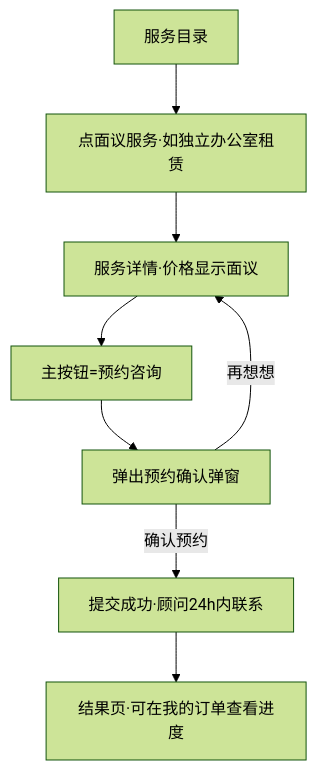
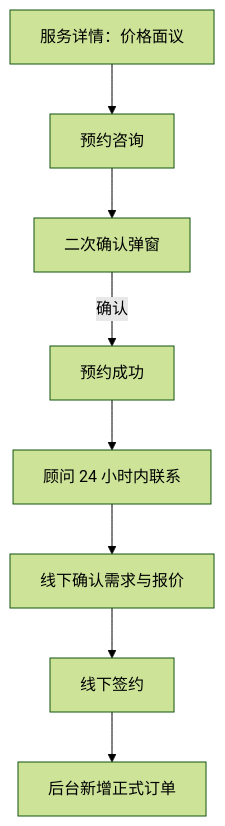
Before and after one commit to xiahan3/leapex_Leapexbiz: the third of 3 diagrams in docs/PRD_小程序完整版_v1.0.md, drawn with Mermaid (forest theme). The commit also changed other lines of this file and 1 other file, not shown here.

Commit message:
feat: align miniapp service flows and PRD

````diff
--- a/docs/PRD_小程序完整版_v1.0.md
+++ b/docs/PRD_小程序完整版_v1.0.md
@@ -192,10 +190,10 @@
 ```mermaid
 flowchart TD
-    A[服务目录] --> B[点面议服务·如独立办公室租赁]
-    B --> C[服务详情·价格显示面议]
-    C --> D[主按钮=预约咨询]
-    D --> E[弹出预约确认弹窗]
-    E -->|再想想| C
-    E -->|确认预约| F[提交成功·顾问24h内联系]
-    F --> G[结果页·可在我的订单查看进度]
+    A["服务详情：价格面议"] --> B["预约咨询"]
+    B --> C["二次确认弹窗"]
+    C -->|确认| D["预约成功"]
+    D --> E["顾问 24 小时内联系"]
+    E --> F["线下确认需求与报价"]
+    F --> G["线下签约"]
+    G --> H["后台新增正式订单"]
 ```
````
